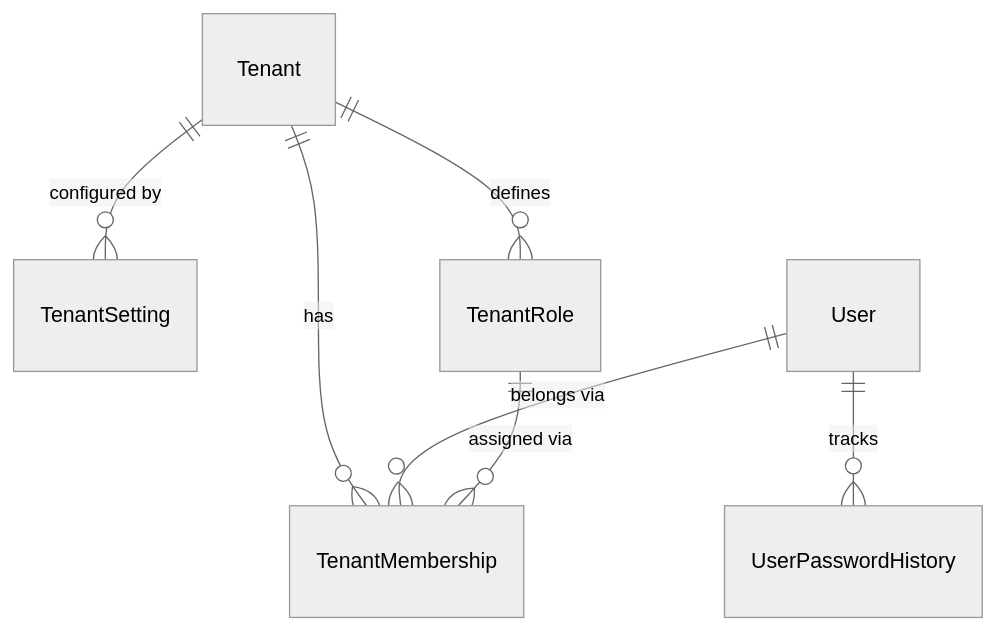
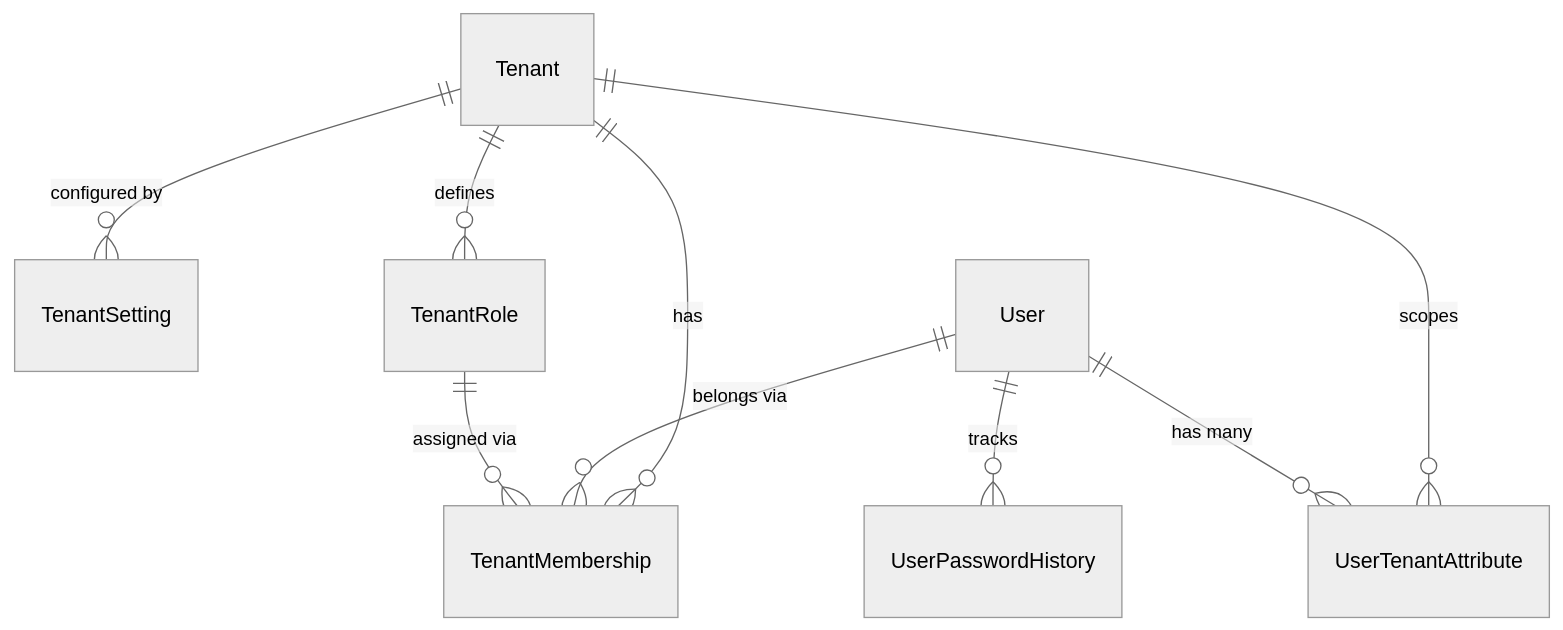
The first of 5 diagrams in docs/data-model.md (camercadop/drf-enterprise-information-platform), drawn with Mermaid (neutral theme) before and after one commit. The commit also changed other lines of this file and 11 other files, not shown here.

````diff
--- a/docs/data-model.md
+++ b/docs/data-model.md
@@ -7,9 +7,11 @@
 ```mermaid
 erDiagram
     Tenant ||--o{ TenantSetting : "configured by"
     Tenant ||--o{ TenantRole : "defines"
     Tenant ||--o{ TenantMembership : "has"
+    Tenant ||--o{ UserTenantAttribute : "scopes"
     User ||--o{ TenantMembership : "belongs via"
     User ||--o{ UserPasswordHistory : "tracks"
+    User ||--o{ UserTenantAttribute : "has many"
     TenantRole ||--o{ TenantMembership : "assigned via"
 ```
````
